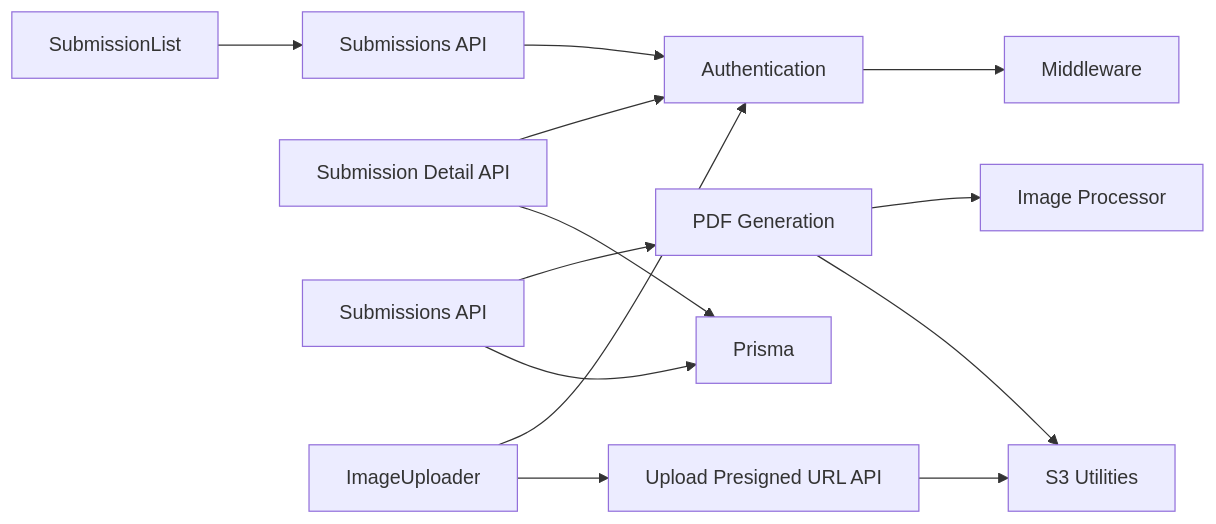
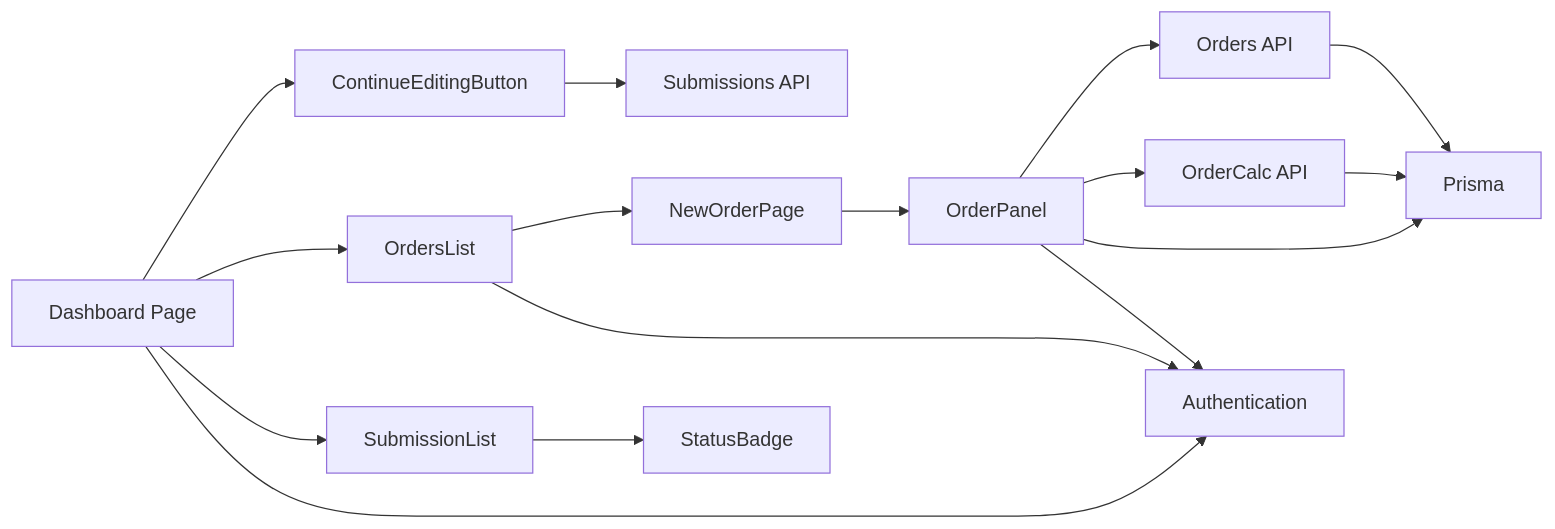
One commit to Crowdspender/titchybooks-app changed the ninth of 9 diagrams in .qoder/repowiki/en/content/User Dashboard/User Dashboard.md. Above: the diagram before and after it, drawn with Mermaid. The commit also changed other lines of this file and 62 other files, not shown here.

````diff
--- a/.qoder/repowiki/en/content/User Dashboard/User Dashboard.md
+++ b/.qoder/repowiki/en/content/User Dashboard/User Dashboard.md
@@ -416,15 +335,18 @@
 ```mermaid
 graph LR
-SL["SubmissionList"] --> SA["Submissions API"]
-SD["Submission Detail API"] --> PRISMA["Prisma"]
-SU["Submissions API"] --> PRISMA
-IU["ImageUploader"] --> SP["Upload Presigned URL API"]
-SP --> S3["S3 Utilities"]
-SU --> PDF["PDF Generation"]
-PDF --> S3
-PDF --> IMG["Image Processor"]
-AUTH["Authentication"] --> MW["Middleware"]
-SA --> AUTH
-SD --> AUTH
-IU --> AUTH
+D["Dashboard Page"] --> CE["ContinueEditingButton"]
+D --> OD["OrdersList"]
+D --> SL["SubmissionList"]
+CE --> API["Submissions API"]
+OD --> ON["NewOrderPage"]
+ON --> OP["OrderPanel"]
+OP --> OA["Orders API"]
+OP --> OC["OrderCalc API"]
+SL --> SB["StatusBadge"]
+OP --> PRISMA["Prisma"]
+OA --> PRISMA
+OC --> PRISMA
+OP --> AUTH["Authentication"]
+OD --> AUTH
+D --> AUTH
 ```
````
